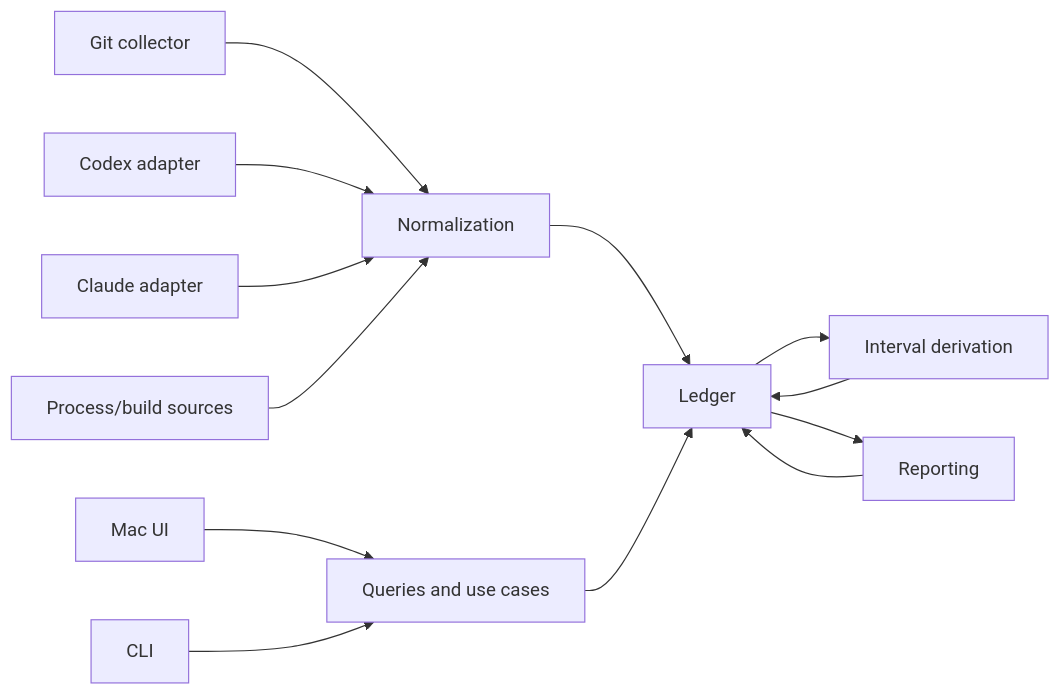
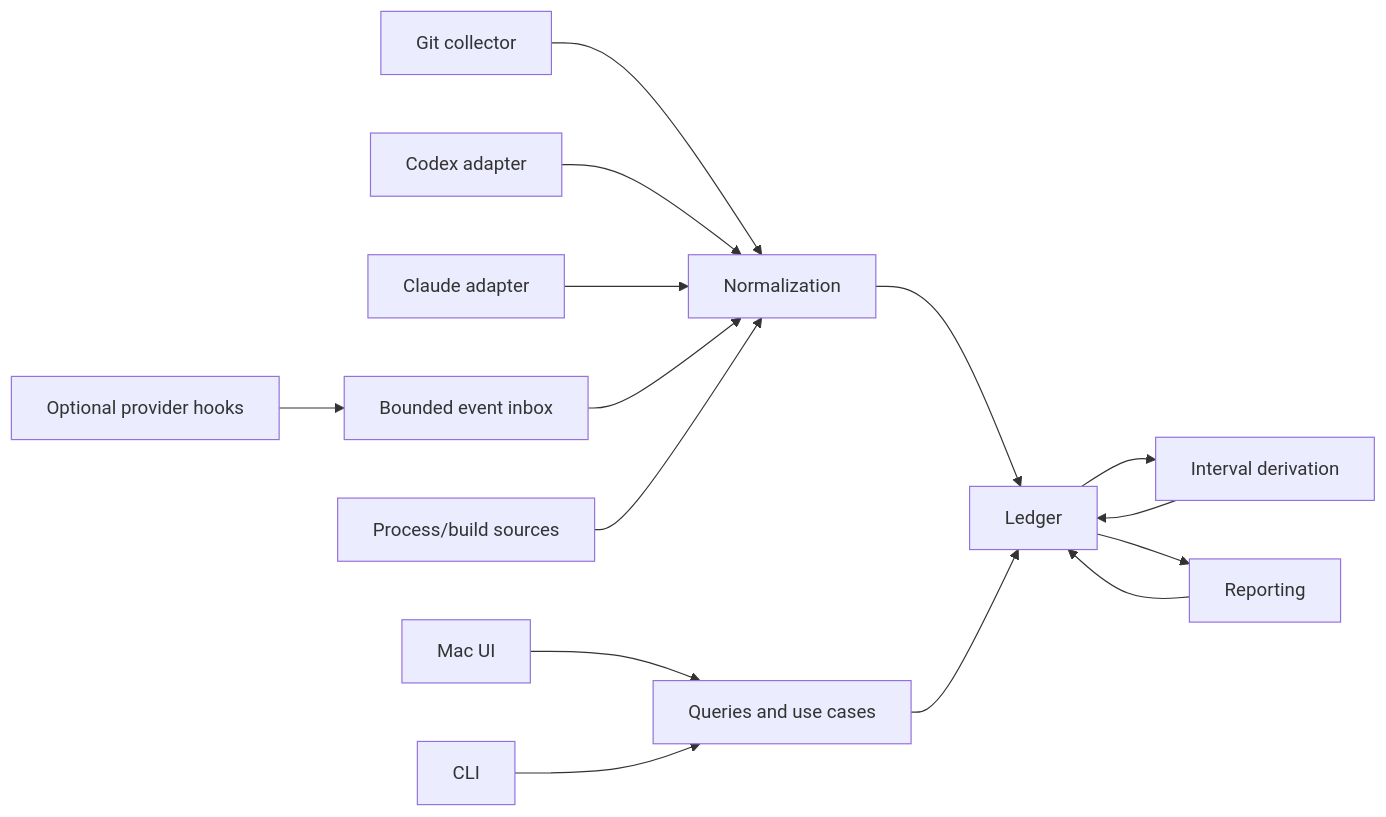
One commit to vucinatim/trackify changed the second of 2 diagrams in docs/DESIGN.md. Above: the diagram before and after it, drawn with Mermaid. The commit also changed other lines of this file and 106 other files, not shown here.

````diff
--- a/docs/DESIGN.md
+++ b/docs/DESIGN.md
@@ -308,17 +259,19 @@
 ```mermaid
 flowchart LR
     UI["Mac UI"] --> Q["Queries and use cases"]
     CLI["CLI"] --> Q
 
     Git["Git collector"] --> Normalize["Normalization"]
     Codex["Codex adapter"] --> Normalize
     Claude["Claude adapter"] --> Normalize
+    Hooks["Optional provider hooks"] --> Inbox["Bounded event inbox"]
+    Inbox --> Normalize
     Proc["Process/build sources"] --> Normalize
 
     Normalize --> Ledger["Ledger"]
     Q --> Ledger
     Ledger --> Intervals["Interval derivation"]
     Ledger --> Reports["Reporting"]
     Intervals --> Ledger
     Reports --> Ledger
 ```
````
